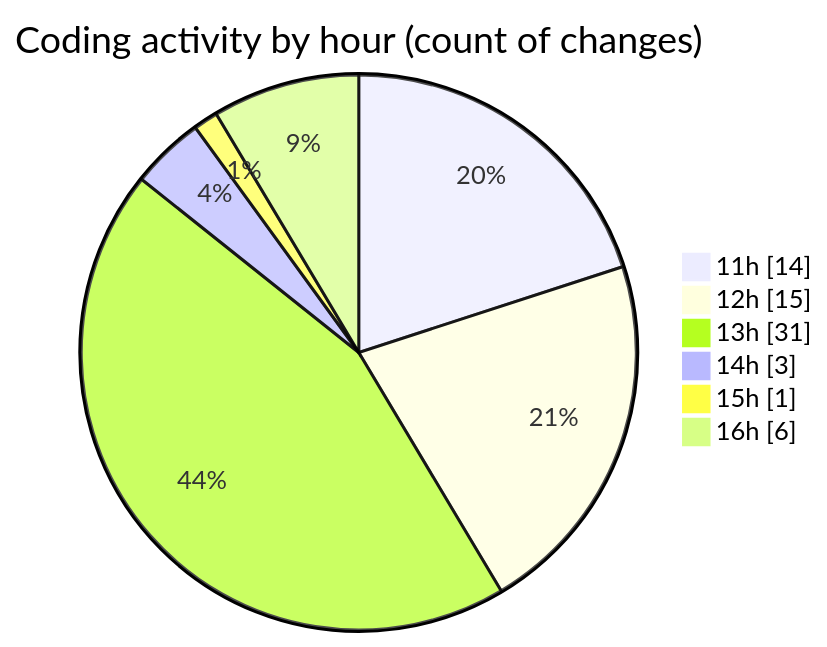
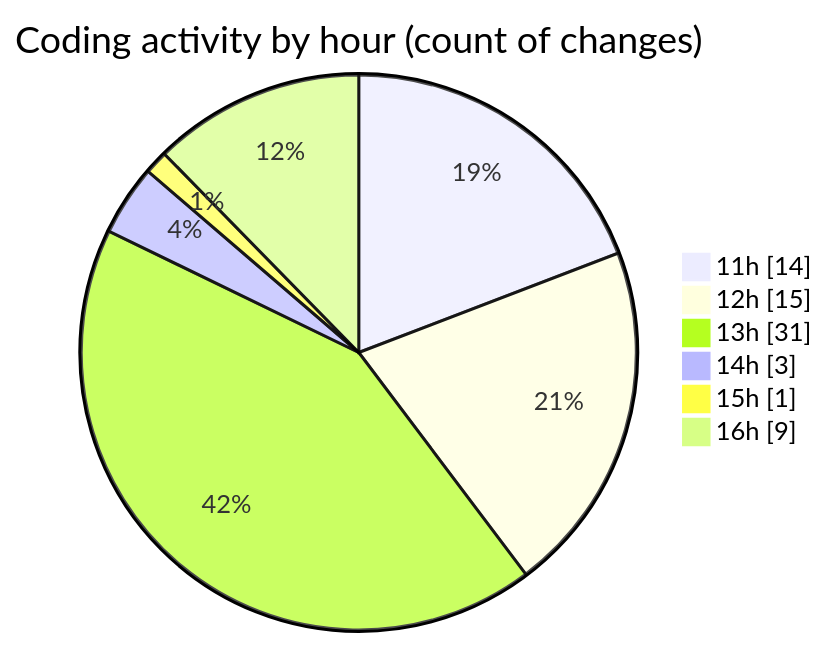
The second of 2 diagrams in 2025-07-09/argos/README.md (nxtqubesakshisongat/code-tracking), drawn with Mermaid before and after one commit. The commit also changed other lines of this file and 1 other file, not shown here.

````diff
--- a/2025-07-09/argos/README.md
+++ b/2025-07-09/argos/README.md
@@ -34,10 +35,10 @@
 ```mermaid
 pie showData
 title Coding activity by hour (count of changes)
 "11h" : 14
 "12h" : 15
 "13h" : 31
 "14h" : 3
 "15h" : 1
-"16h" : 6
+"16h" : 9
 ```
````
